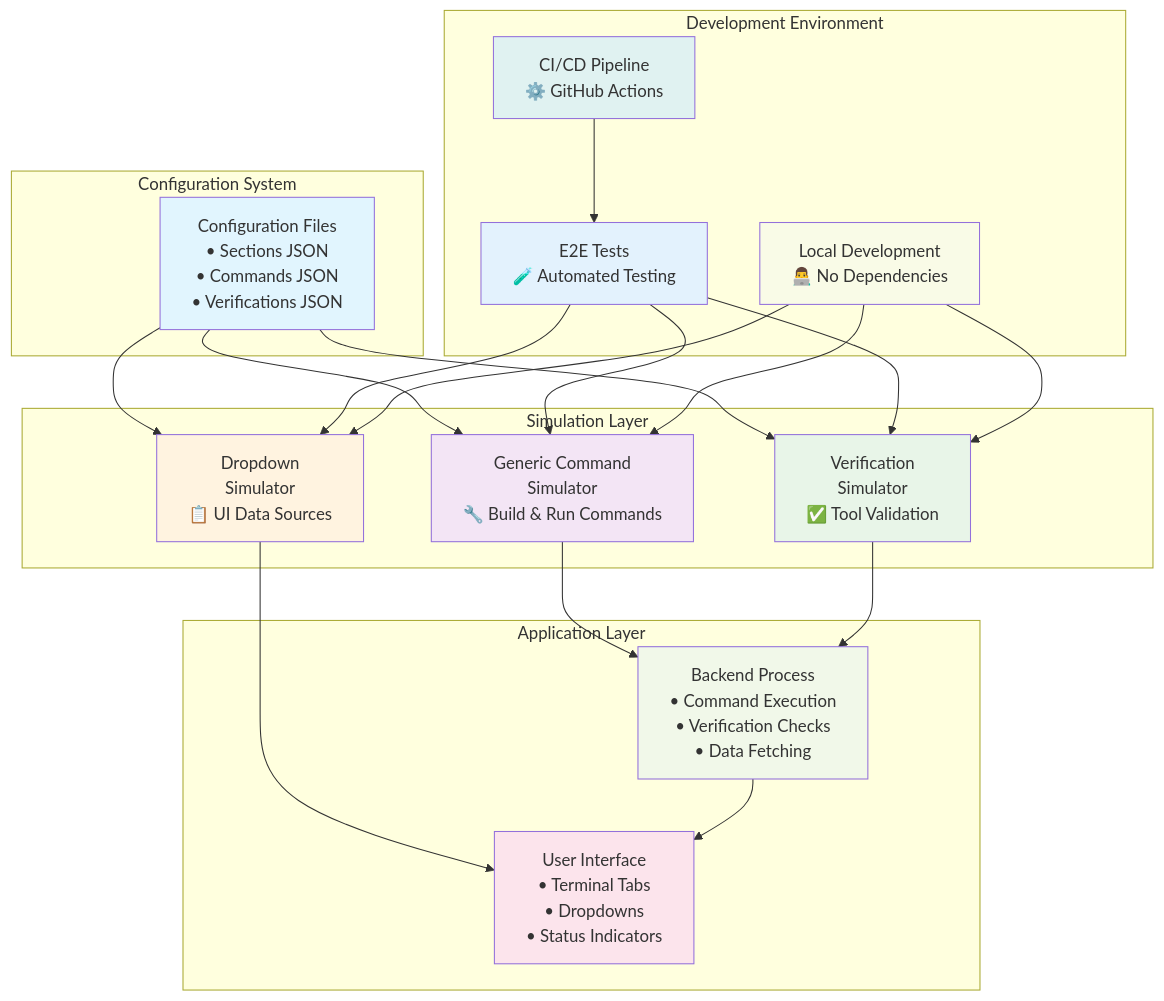
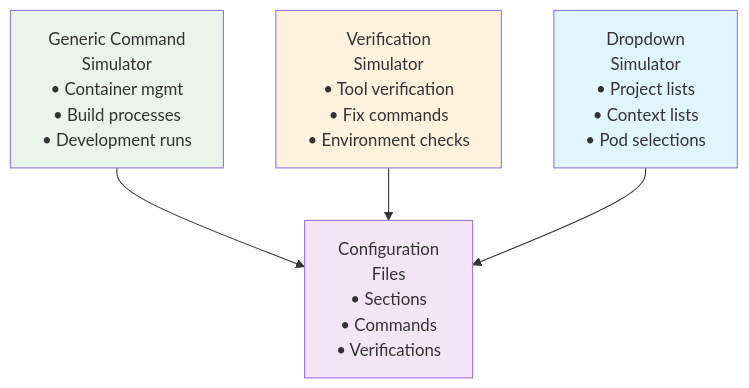
One commit to sagy101/ProjectName-Manager changed the diagram in docs/development/simulation-system.md. Above: the diagram before and after it, drawn with Mermaid.

Commit message:
docs: simplify architecture diagram to match original ASCII layout
- Replaced complex Mermaid diagram with clean, simple version
- Shows 3 simulators connecting to configuration files (matches original ASCII)
- Much more readable and digestible
- Proper rendered diagram instead of text-based diagram

````diff
--- a/docs/development/simulation-system.md
+++ b/docs/development/simulation-system.md
@@ -24,53 +24,17 @@
 ```mermaid
-graph TB
-    subgraph "Configuration System"
-        CONFIG[Configuration Files<br/>• Sections JSON<br/>• Commands JSON<br/>• Verifications JSON]
-    end
+graph TD
+    GCS["Generic Command<br/>Simulator<br/>• Container mgmt<br/>• Build processes<br/>• Development runs"]
+    VS["Verification<br/>Simulator<br/>• Tool verification<br/>• Fix commands<br/>• Environment checks"]
+    DS["Dropdown<br/>Simulator<br/>• Project lists<br/>• Context lists<br/>• Pod selections"]
     
-    subgraph "Simulation Layer"
-        GCS[Generic Command<br/>Simulator<br/>🔧 Build & Run Commands]
-        VS[Verification<br/>Simulator<br/>✅ Tool Validation]
-        DS[Dropdown<br/>Simulator<br/>📋 UI Data Sources]
-    end
+    CONFIG["Configuration<br/>Files<br/>• Sections<br/>• Commands<br/>• Verifications"]
     
-    subgraph "Application Layer"
-        UI[User Interface<br/>• Terminal Tabs<br/>• Dropdowns<br/>• Status Indicators]
-        BACKEND[Backend Process<br/>• Command Execution<br/>• Verification Checks<br/>• Data Fetching]
-    end
+    GCS --> CONFIG
+    VS --> CONFIG
+    DS --> CONFIG
     
-    subgraph "Development Environment"
-        TESTS[E2E Tests<br/>🧪 Automated Testing]
-        DEV[Local Development<br/>👨‍💻 No Dependencies]
-        CI[CI/CD Pipeline<br/>⚙️ GitHub Actions]
-    end
-    
-    CONFIG --> GCS
-    CONFIG --> VS  
-    CONFIG --> DS
-    
-    GCS --> BACKEND
-    VS --> BACKEND
-    DS --> UI
-    
-    BACKEND --> UI
-    
-    TESTS --> GCS
-    TESTS --> VS
-    TESTS --> DS
-    
-    DEV --> GCS
-    DEV --> VS
-    DEV --> DS
-    
-    CI --> TESTS
-    
-    style CONFIG fill:#e1f5fe
-    style GCS fill:#f3e5f5
-    style VS fill:#e8f5e8
-    style DS fill:#fff3e0
-    style UI fill:#fce4ec
-    style BACKEND fill:#f1f8e9
-    style TESTS fill:#e3f2fd
-    style DEV fill:#f9fbe7
-    style CI fill:#e0f2f1
+    style GCS fill:#e8f5e8
+    style VS fill:#fff3e0
+    style DS fill:#e1f5fe
+    style CONFIG fill:#f3e5f5
 ```
````
